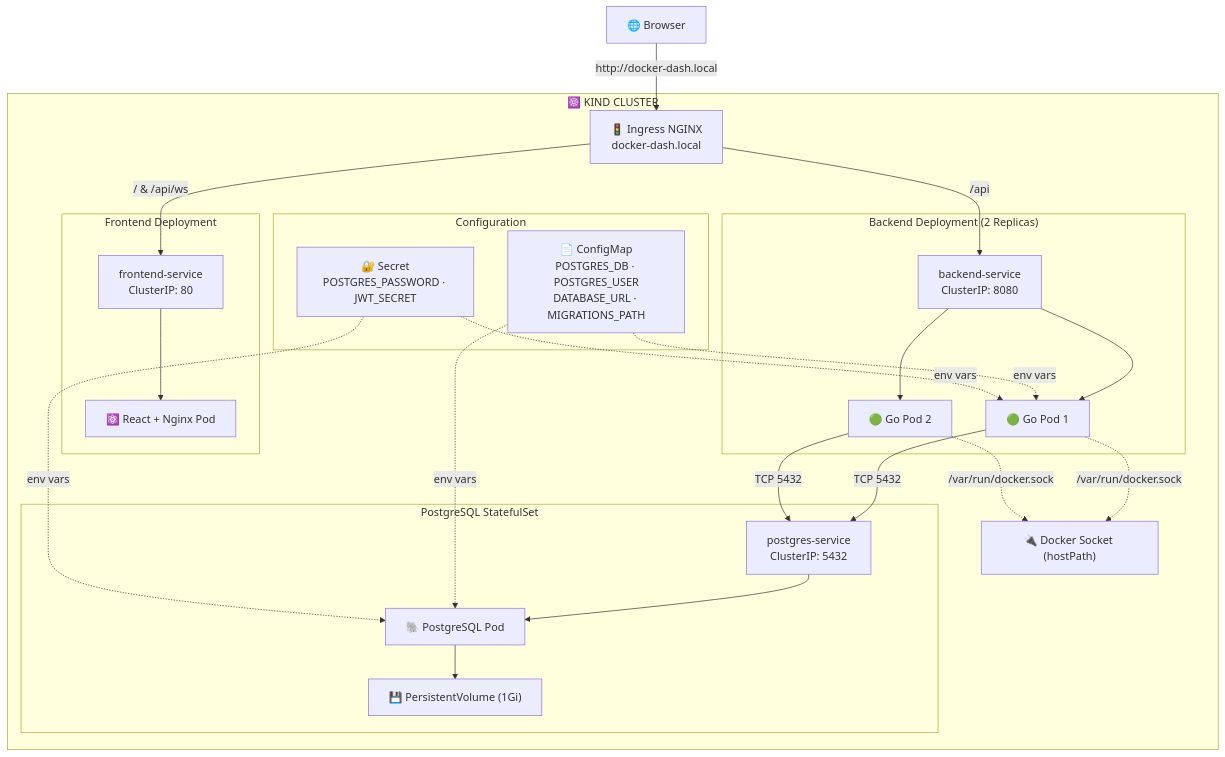
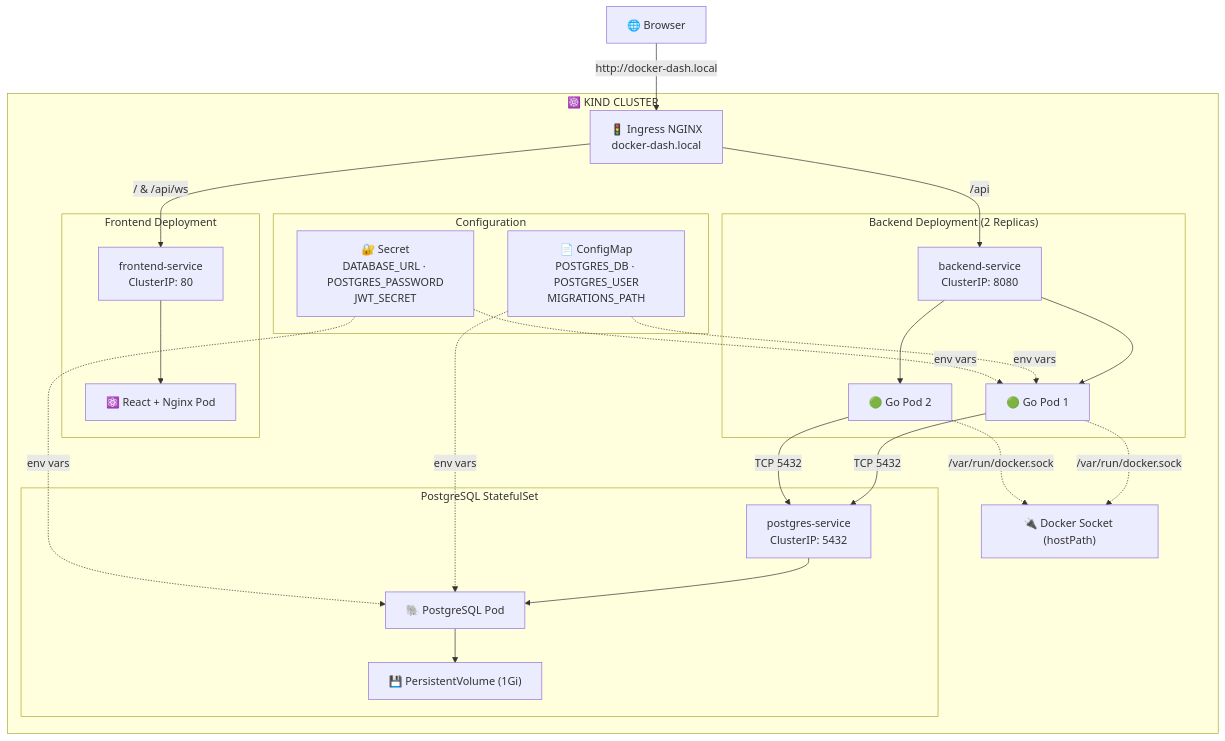
The second of 2 diagrams in README.md (rishisulakhe/shipwright), drawn with Mermaid before and after one commit. The commit also changed other lines of this file, not shown here.

Commit message:
docs: add K8s secret generation instructions to README

````diff
--- a/README.md
+++ b/README.md
@@ -112,52 +112,52 @@
 ```mermaid
 flowchart TD
     Browser["🌐 Browser"] -->|http://docker-dash.local| Ingress
 
     subgraph KIND_CLUSTER["☸️ KIND CLUSTER"]
         Ingress["🚦 Ingress NGINX<br/>docker-dash.local"]
 
         subgraph Frontend["Frontend Deployment"]
             FrontendSVC["frontend-service<br/>ClusterIP: 80"]
             ReactPod["⚛️ React + Nginx Pod"]
 
             FrontendSVC --> ReactPod
         end
 
         subgraph Backend["Backend Deployment (2 Replicas)"]
             BackendSVC["backend-service<br/>ClusterIP: 8080"]
             GoPod1["🟢 Go Pod 1"]
             GoPod2["🟢 Go Pod 2"]
 
             BackendSVC --> GoPod1
             BackendSVC --> GoPod2
         end
 
         subgraph Database["PostgreSQL StatefulSet"]
             PostgresSVC["postgres-service<br/>ClusterIP: 5432"]
             PostgresPod["🐘 PostgreSQL Pod"]
             PV["💾 PersistentVolume (1Gi)"]
 
             PostgresSVC --> PostgresPod
             PostgresPod --> PV
         end
 
         subgraph Config["Configuration"]
-            CM["📄 ConfigMap<br/>POSTGRES_DB · POSTGRES_USER<br/>DATABASE_URL · MIGRATIONS_PATH"]
-            Sec["🔐 Secret<br/>POSTGRES_PASSWORD · JWT_SECRET"]
+            CM["📄 ConfigMap<br/>POSTGRES_DB · POSTGRES_USER<br/>MIGRATIONS_PATH"]
+            Sec["🔐 Secret<br/>DATABASE_URL · POSTGRES_PASSWORD<br/>JWT_SECRET"]
         end
 
         Ingress -->|/ & /api/ws| FrontendSVC
         Ingress -->|/api| BackendSVC
 
         GoPod1 -->|TCP 5432| PostgresSVC
         GoPod2 -->|TCP 5432| PostgresSVC
 
         CM -.->|env vars| GoPod1
         CM -.->|env vars| PostgresPod
         Sec -.->|env vars| GoPod1
         Sec -.->|env vars| PostgresPod
 
         GoPod1 -.->|/var/run/docker.sock| DockerSocket["🔌 Docker Socket (hostPath)"]
         GoPod2 -.->|/var/run/docker.sock| DockerSocket
     end
 ```
````
